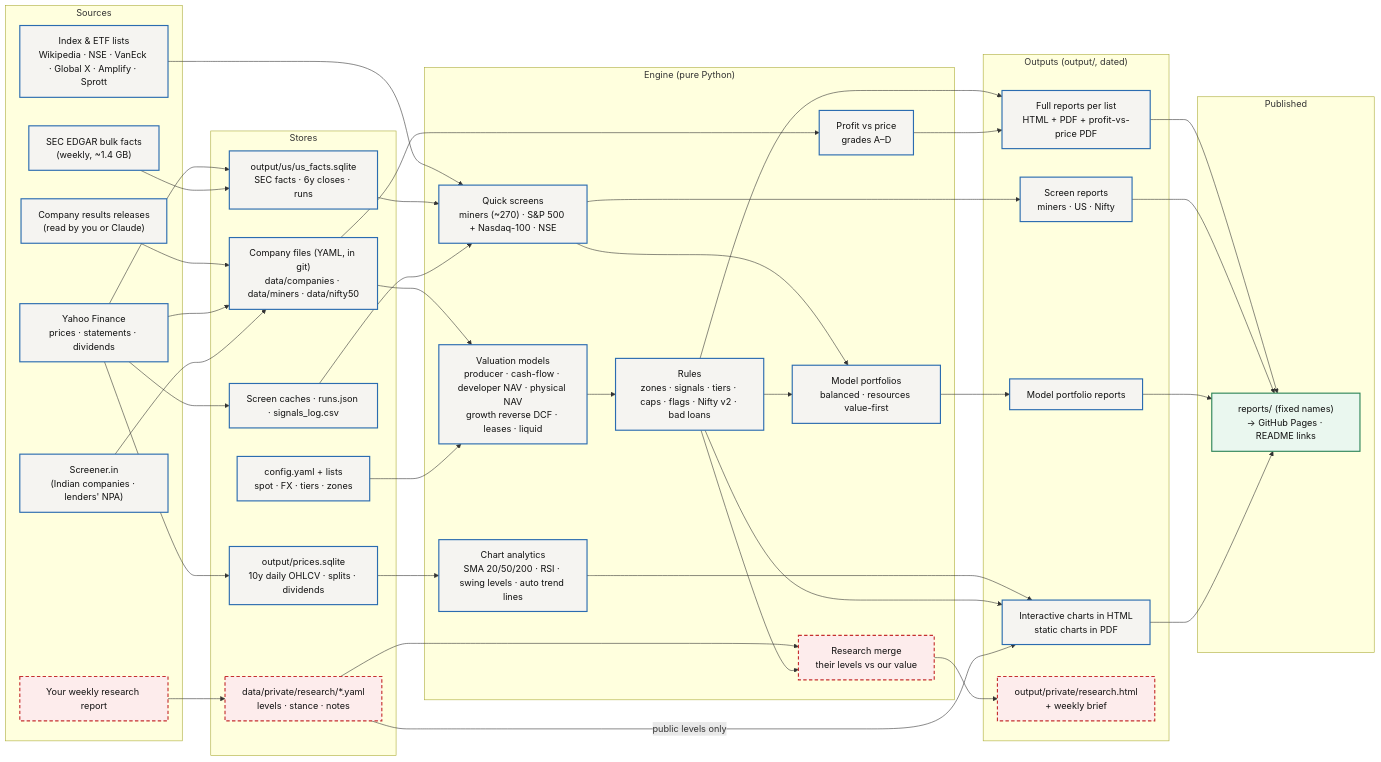
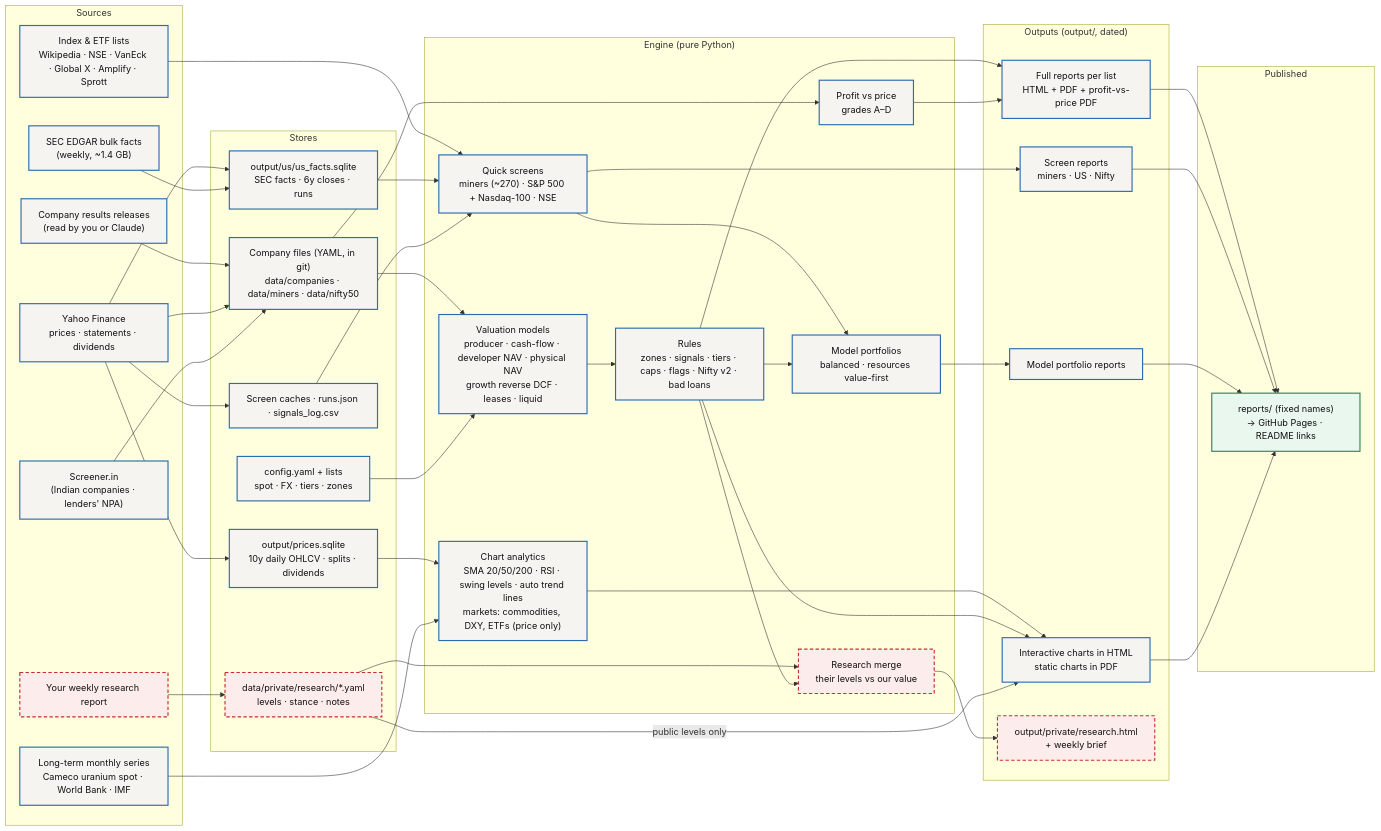
The first of 5 diagrams in docs/ARCHITECTURE.md (vijayvadapalli/value-screener), drawn with Mermaid before and after one commit. The commit also changed other lines of this file and 50 other files, not shown here.

````diff
--- a/docs/ARCHITECTURE.md
+++ b/docs/ARCHITECTURE.md
@@ -20,63 +20,64 @@
 ```mermaid
 flowchart LR
   classDef done fill:#F5F4F1,stroke:#2B6CB0,stroke-width:2px,color:#111
   classDef next fill:#FFFFFF,stroke:#2B6CB0,stroke-width:2px,stroke-dasharray:6 4,color:#111
   classDef priv fill:#FDECEC,stroke:#C53030,stroke-width:2px,stroke-dasharray:6 4,color:#111
   classDef pub fill:#EAF7EF,stroke:#2F855A,stroke-width:2px,color:#111
 
   subgraph SRC["Sources"]
     REL["Company results releases<br/>(read by you or Claude)"]:::done
     YF["Yahoo Finance<br/>prices · statements · dividends"]:::done
     SEC["SEC EDGAR bulk facts<br/>(weekly, ~1.4 GB)"]:::done
     SIN["Screener.in<br/>(Indian companies · lenders' NPA)"]:::done
     IDX["Index & ETF lists<br/>Wikipedia · NSE · VanEck · Global X · Amplify · Sprott"]:::done
+    LT["Long-term monthly series<br/>Cameco uranium spot · World Bank · IMF"]:::done
     WR["Your weekly research report"]:::priv
   end
 
   subgraph STORE["Stores"]
     CF["Company files (YAML, in git)<br/>data/companies · data/miners · data/nifty50"]:::done
     CFG["config.yaml + lists<br/>spot · FX · tiers · zones"]:::done
     FDB["output/us/us_facts.sqlite<br/>SEC facts · 6y closes · runs"]:::done
     CACHE["Screen caches · runs.json · signals_log.csv"]:::done
     PDB["output/prices.sqlite<br/>10y daily OHLCV · splits · dividends"]:::done
     RES["data/private/research/*.yaml<br/>levels · stance · notes"]:::priv
   end
 
   subgraph ENG["Engine (pure Python)"]
     MOD["Valuation models<br/>producer · cash-flow · developer NAV · physical NAV<br/>growth reverse DCF · leases · liquid"]:::done
     RUL["Rules<br/>zones · signals · tiers · caps · flags · Nifty v2 · bad loans"]:::done
     PVP["Profit vs price<br/>grades A–D"]:::done
     QS["Quick screens<br/>miners (~270) · S&P 500 + Nasdaq-100 · NSE"]:::done
     MP["Model portfolios<br/>balanced · resources value-first"]:::done
-    TA["Chart analytics<br/>SMA 20/50/200 · RSI · swing levels · auto trend lines"]:::done
+    TA["Chart analytics<br/>SMA 20/50/200 · RSI · swing levels · auto trend lines<br/>markets: commodities, DXY, ETFs (price only)"]:::done
     MRG["Research merge<br/>their levels vs our value"]:::priv
   end
 
   subgraph OUT["Outputs (output/, dated)"]
     FULL["Full reports per list<br/>HTML + PDF + profit-vs-price PDF"]:::done
     SCR["Screen reports<br/>miners · US · Nifty"]:::done
     MPR["Model portfolio reports"]:::done
     CH["Interactive charts in HTML<br/>static charts in PDF"]:::done
     PRIV["output/private/research.html<br/>+ weekly brief"]:::priv
   end
 
   subgraph PUB["Published"]
     REP["reports/ (fixed names)<br/>→ GitHub Pages · README links"]:::pub
   end
 
   REL --> CF
   YF --> CF & CACHE & FDB & PDB
   SEC --> FDB
   SIN --> CF
   IDX --> QS
   WR --> RES
   CF & CFG --> MOD --> RUL --> FULL
   CF --> PVP --> FULL
   FDB & CACHE --> QS --> SCR
   QS & RUL --> MP --> MPR
-  PDB --> TA --> CH
+  PDB & LT --> TA --> CH
   RUL --> CH
   RES -- "public levels only" --> CH
   RES & RUL --> MRG --> PRIV
   FULL & SCR & MPR & CH --> REP
 ```
````
